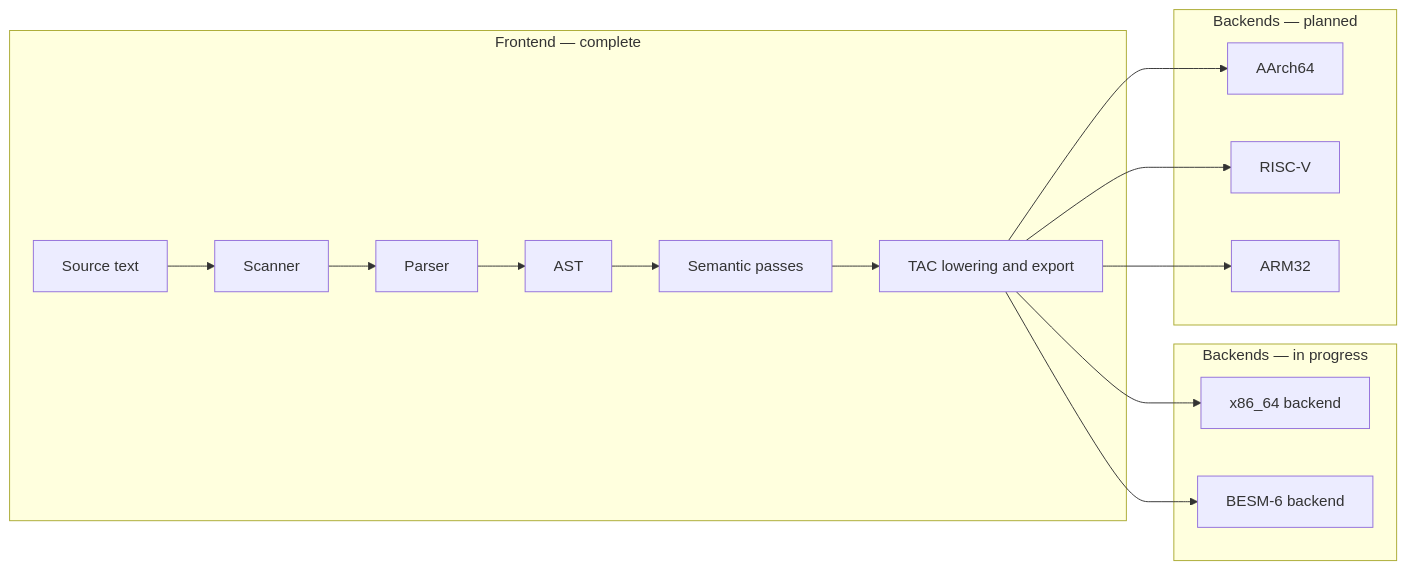
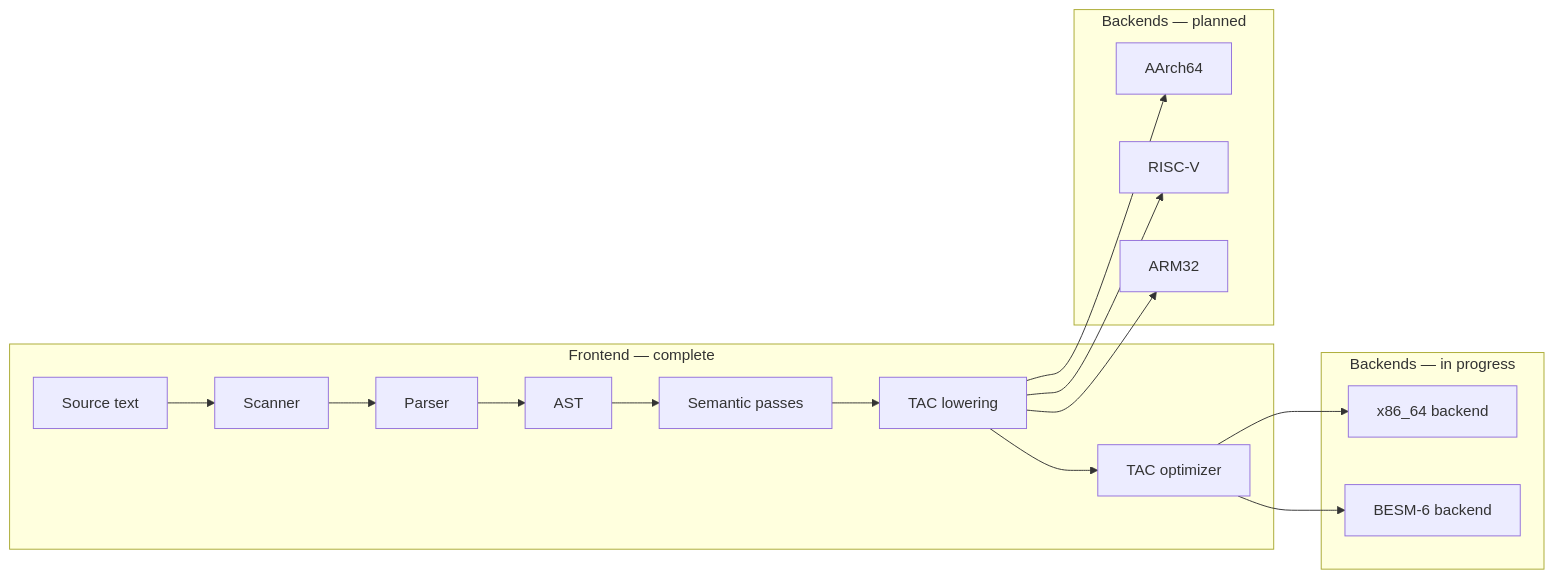
Before and after one commit to besm6/c-compiler: the diagram in README.md, drawn with Mermaid. The commit also changed other lines of this file and 1 other file, not shown here.

Commit message:
Update CLAUDE.md and README.md: document optimizer and Phase E backend
Add TAC optimizer (optimize/) to architecture overview, pipeline diagram,
phases table, test binary list, and docs table. Update BESM-6 backend
status to include global variable access and control-flow instructions
completed in Phase E.

````diff
--- a/README.md
+++ b/README.md
@@ -43,26 +43,27 @@
 ```mermaid
 flowchart LR
     subgraph done [Frontend — complete]
         SourceCode[Source text]
         Scanner[Scanner]
         Parser[Parser]
         AST[AST]
         Semantic[Semantic passes]
-        TACGen[TAC lowering and export]
-        SourceCode --> Scanner --> Parser --> AST --> Semantic --> TACGen
+        TACGen[TAC lowering]
+        Optimizer[TAC optimizer]
+        SourceCode --> Scanner --> Parser --> AST --> Semantic --> TACGen --> Optimizer
     end
     subgraph progress [Backends — in progress]
         X86[x86_64 backend]
         BESM6[BESM-6 backend]
-        TACGen --> X86
-        TACGen --> BESM6
+        Optimizer --> X86
+        Optimizer --> BESM6
     end
     subgraph future [Backends — planned]
         AA64[AArch64]
         RV[RISC-V]
         A32[ARM32]
         TACGen --> AA64
         TACGen --> RV
         TACGen --> A32
     end
 ```
````
